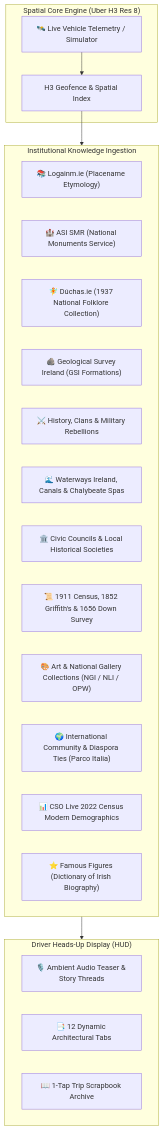
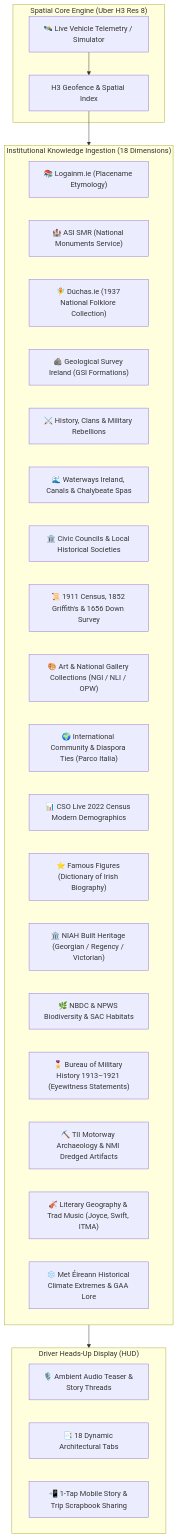
One commit to BBSISK/where-am-i changed the diagram in README.md. Above: the diagram before and after it, drawn with Mermaid. The commit also changed other lines of this file and 6 other files, not shown here.

Commit message:
feat: ingest 6 new corridor data streams and add 1-tap mobile sharing across N4 corridor

````diff
--- a/README.md
+++ b/README.md
@@ -34,29 +34,35 @@
 ```mermaid
 flowchart TD
     subgraph SPATIAL_CORE ["Spatial Core Engine (Uber H3 Res 8)"]
         GPS["🛰️ Live Vehicle Telemetry / Simulator"] --> H3["H3 Geofence & Spatial Index"]
     end
 
-    subgraph RAG_PILLARS ["Institutional Knowledge Ingestion"]
+    subgraph RAG_PILLARS ["Institutional Knowledge Ingestion (18 Dimensions)"]
         P1["📚 Logainm.ie (Placename Etymology)"]
         P2["🏰 ASI SMR (National Monuments Service)"]
         P3["🧚 Dúchas.ie (1937 National Folklore Collection)"]
         P4["🪨 Geological Survey Ireland (GSI Formations)"]
         P5["⚔️ History, Clans & Military Rebellions"]
         P6["🌊 Waterways Ireland, Canals & Chalybeate Spas"]
         P7["🏛️ Civic Councils & Local Historical Societies"]
         P8["📜 1911 Census, 1852 Griffith's & 1656 Down Survey"]
         P9["🎨 Art & National Gallery Collections (NGI / NLI / OPW)"]
         P10["🌍 International Community & Diaspora Ties (Parco Italia)"]
         P11["📊 CSO Live 2022 Census Modern Demographics"]
         P12["⭐ Famous Figures (Dictionary of Irish Biography)"]
+        P13["🏛️ NIAH Built Heritage (Georgian / Regency / Victorian)"]
+        P14["🌿 NBDC & NPWS Biodiversity & SAC Habitats"]
+        P15["🎖️ Bureau of Military History 1913–1921 (Eyewitness Statements)"]
+        P16["⛏️ TII Motorway Archaeology & NMI Dredged Artifacts"]
+        P17["🎻 Literary Geography & Trad Music (Joyce, Swift, ITMA)"]
+        P18["❄️ Met Éireann Historical Climate Extremes & GAA Lore"]
     end
 
     subgraph HUD ["Driver Heads-Up Display (HUD)"]
         UI_Audio["🎙️ Ambient Audio Teaser & Story Threads"]
-        UI_Tabs["📑 12 Dynamic Architectural Tabs"]
-        UI_Scrapbook["📖 1-Tap Trip Scrapbook Archive"]
+        UI_Tabs["📑 18 Dynamic Architectural Tabs"]
+        UI_Share["📲 1-Tap Mobile Story & Trip Scrapbook Sharing"]
     end
 
     H3 --> RAG_PILLARS --> HUD
 ```
````
